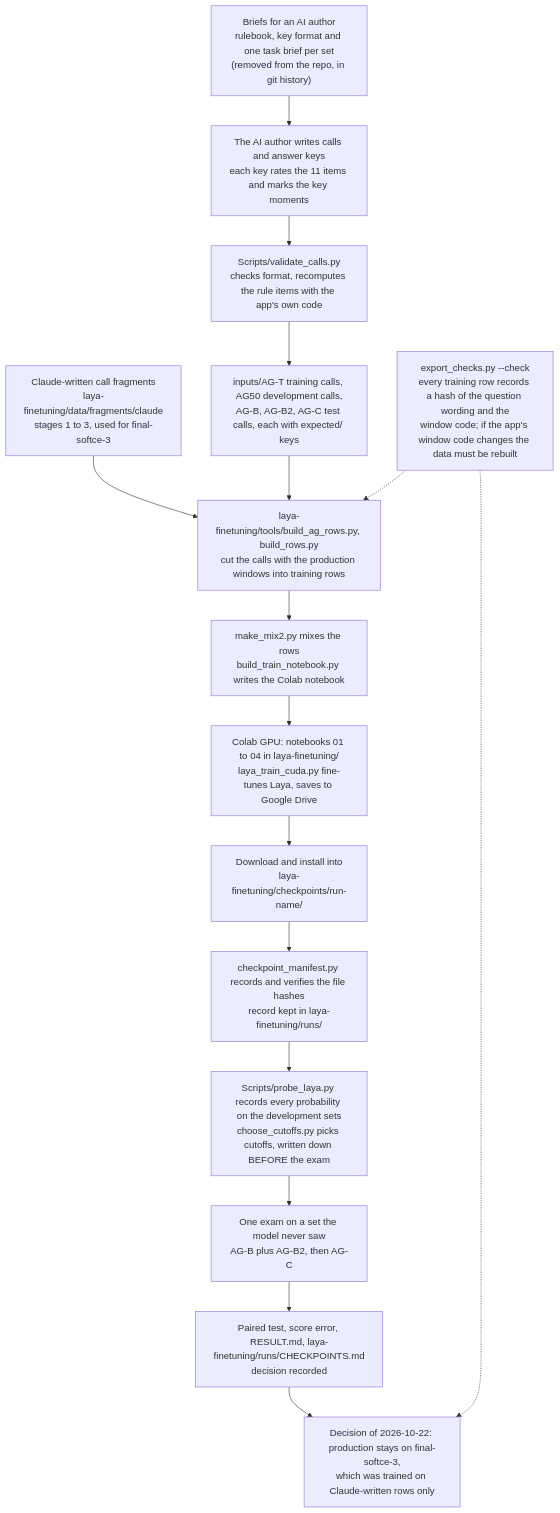
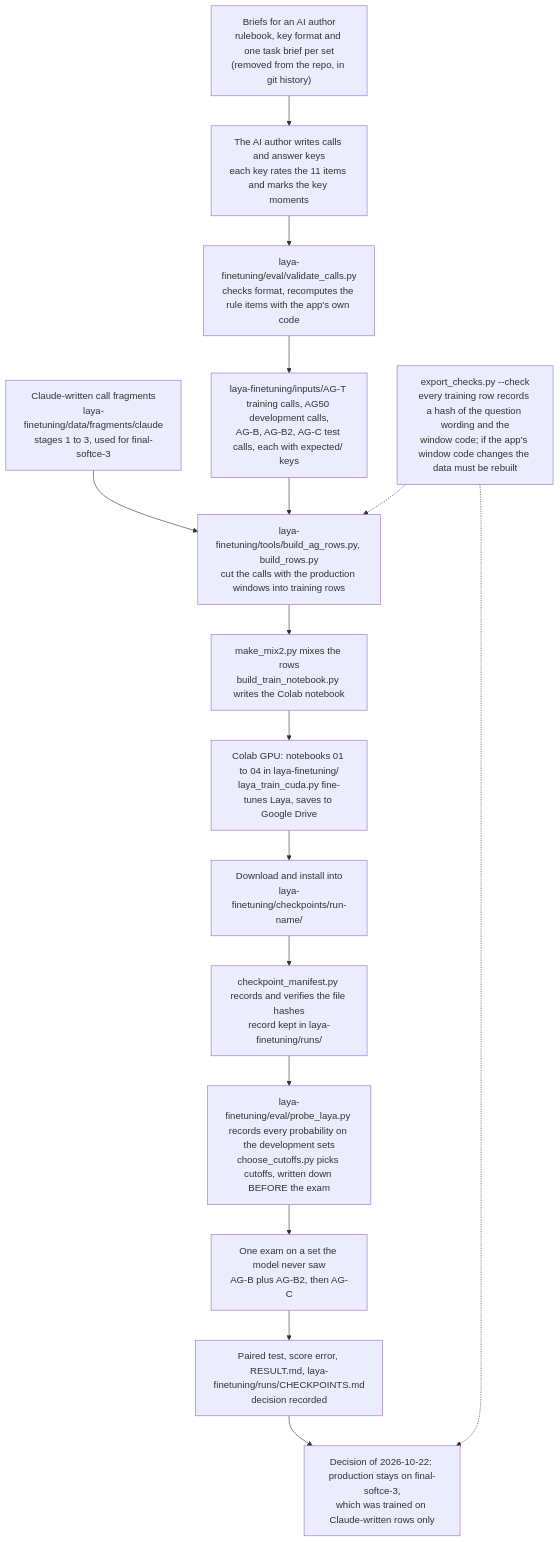
Diagram 11 of 11 in Docs/FLOW_DIAGRAMS.md (nimjj/QA-system), drawn with Mermaid before and after one commit. The commit also changed other lines of this file and 1148 other files, not shown here.

First line of the commit message:
Split the repo into two segments: the QA app, and everything about Laya

````diff
--- a/Docs/FLOW_DIAGRAMS.md
+++ b/Docs/FLOW_DIAGRAMS.md
@@ -369,18 +369,18 @@
 ```mermaid
 flowchart TD
     A0["Claude-written call fragments<br/>laya-finetuning/data/fragments/claude<br/>stages 1 to 3, used for final-softce-3"] --> E
     A["Briefs for an AI author<br/>rulebook, key format and one task brief per set<br/>(removed from the repo, in git history)"] --> B["The AI author writes calls and answer keys<br/>each key rates the 11 items and marks the key moments"]
-    B --> C["Scripts/validate_calls.py<br/>checks format, recomputes the rule items with the app's own code"]
-    C --> D["inputs/AG-T training calls, AG50 development calls,<br/>AG-B, AG-B2, AG-C test calls, each with expected/ keys"]
+    B --> C["laya-finetuning/eval/validate_calls.py<br/>checks format, recomputes the rule items with the app's own code"]
+    C --> D["laya-finetuning/inputs/AG-T training calls, AG50 development calls,<br/>AG-B, AG-B2, AG-C test calls, each with expected/ keys"]
     D --> E["laya-finetuning/tools/build_ag_rows.py, build_rows.py<br/>cut the calls with the production windows into training rows"]
     E --> F["make_mix2.py mixes the rows<br/>build_train_notebook.py writes the Colab notebook"]
     F --> G["Colab GPU: notebooks 01 to 04 in laya-finetuning/<br/>laya_train_cuda.py fine-tunes Laya, saves to Google Drive"]
     G --> H["Download and install into<br/>laya-finetuning/checkpoints/run-name/"]
     H --> I["checkpoint_manifest.py records and verifies the file hashes<br/>record kept in laya-finetuning/runs/"]
-    I --> J["Scripts/probe_laya.py records every probability on the development sets<br/>choose_cutoffs.py picks cutoffs, written down BEFORE the exam"]
+    I --> J["laya-finetuning/eval/probe_laya.py records every probability on the development sets<br/>choose_cutoffs.py picks cutoffs, written down BEFORE the exam"]
     J --> K["One exam on a set the model never saw<br/>AG-B plus AG-B2, then AG-C"]
     K --> L["Paired test, score error, RESULT.md, laya-finetuning/runs/CHECKPOINTS.md<br/>decision recorded"]
     L --> M["Decision of 2026-10-22: production stays on final-softce-3,<br/>which was trained on Claude-written rows only"]
     Z["export_checks.py --check<br/>every training row records a hash of the question wording and the<br/>window code; if the app's window code changes the data must be rebuilt"] -.-> E
     Z -.-> M
 ```
````
